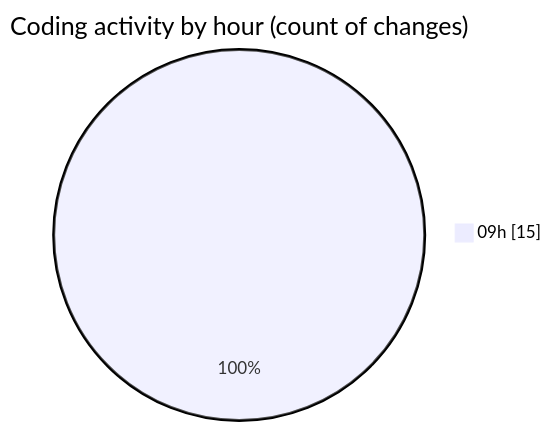
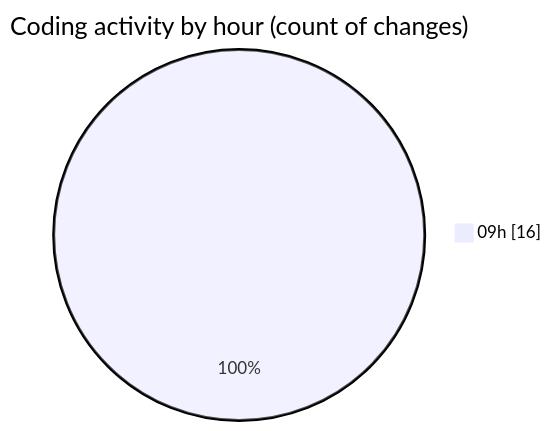
The second of 2 diagrams in 2025-10-23/cda/README.md (momahboobian/code-tracking), drawn with Mermaid before and after one commit. The commit also changed other lines of this file and 1 other file, not shown here.

````diff
--- a/2025-10-23/cda/README.md
+++ b/2025-10-23/cda/README.md
@@ -29,5 +29,5 @@
 ```mermaid
 pie showData
 title Coding activity by hour (count of changes)
-"09h" : 15
+"09h" : 16
 ```
````
